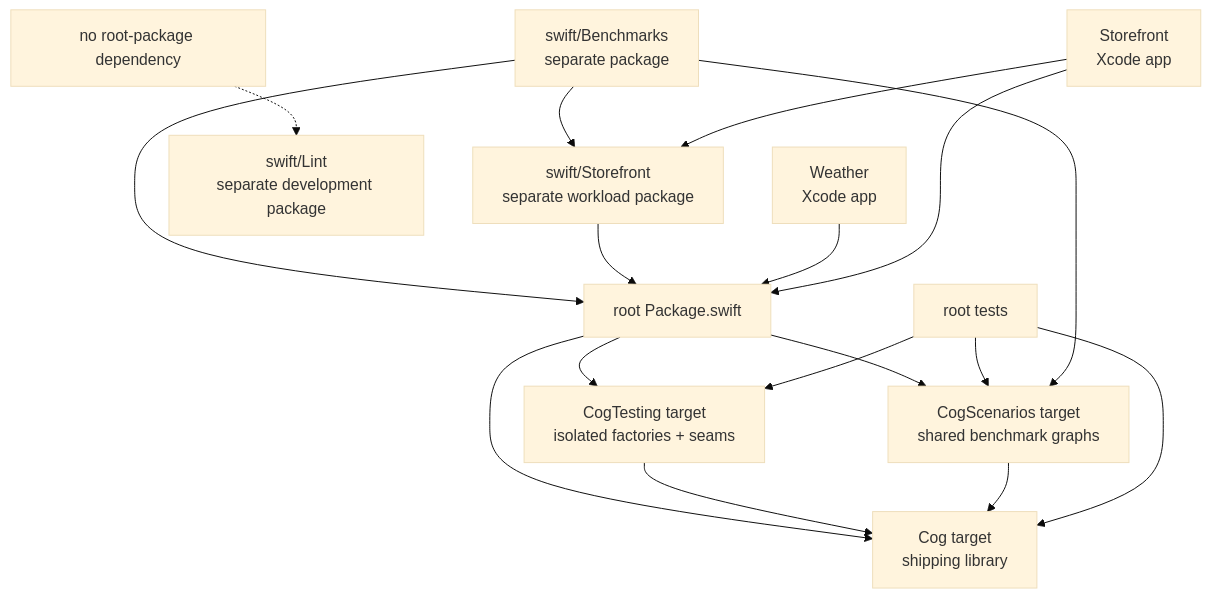
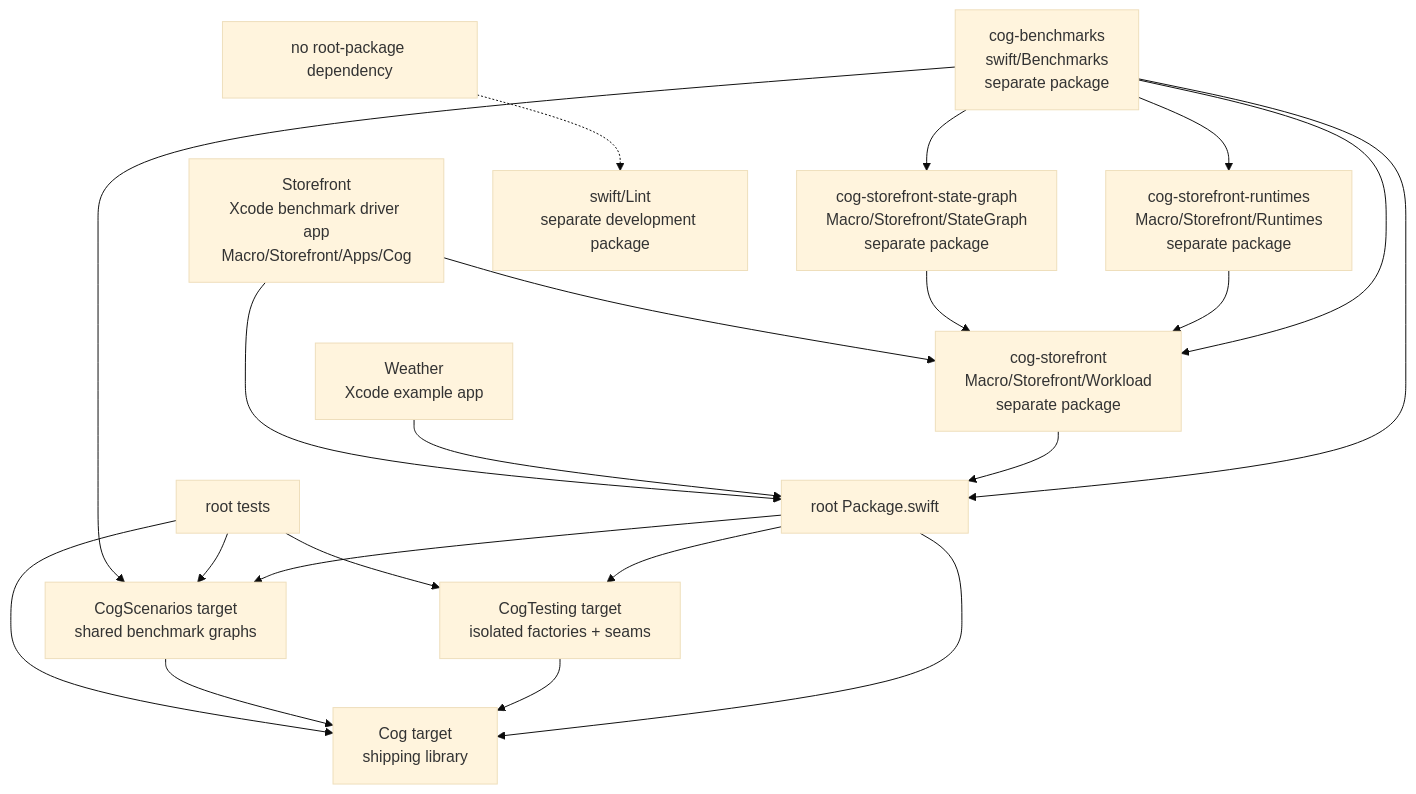
Before and after one commit to skeswa/cog: the diagram in docs/swift/impl/architecture/codebase-tour.md, drawn with Mermaid (base theme). The commit also changed other lines of this file and 263 other files, not shown here.

First line of the commit message:
test(bench): compare Storefront across four runtimes

````diff
--- a/docs/swift/impl/architecture/codebase-tour.md
+++ b/docs/swift/impl/architecture/codebase-tour.md
@@ -16,27 +16,33 @@
 ```mermaid
 flowchart TB
   root["root Package.swift"]
   cog["Cog target<br/>shipping library"]
   testing["CogTesting target<br/>isolated factories + seams"]
   scenarios["CogScenarios target<br/>shared benchmark graphs"]
   tests["root tests"]
-  benches["swift/Benchmarks<br/>separate package"]
-  storefront["swift/Storefront<br/>separate workload package"]
+  benches["cog-benchmarks<br/>swift/Benchmarks<br/>separate package"]
+  storefront["cog-storefront<br/>Macro/Storefront/Workload<br/>separate package"]
+  runtimes["cog-storefront-runtimes<br/>Macro/Storefront/Runtimes<br/>separate package"]
+  stategraph["cog-storefront-state-graph<br/>Macro/Storefront/StateGraph<br/>separate package"]
   lint["swift/Lint<br/>separate development package"]
-  weather["Weather<br/>Xcode app"]
-  storefrontApp["Storefront<br/>Xcode app"]
+  weather["Weather<br/>Xcode example app"]
+  storefrontApp["Storefront<br/>Xcode benchmark driver app<br/>Macro/Storefront/Apps/Cog"]
   root --> cog
   root --> testing --> cog
   root --> scenarios --> cog
   tests --> cog
   tests --> testing
   tests --> scenarios
   benches --> root
   benches --> scenarios
   benches --> storefront
+  benches --> runtimes
+  benches --> stategraph
   storefront --> root
+  runtimes --> storefront
+  stategraph --> storefront
   weather --> root
   storefrontApp --> root
   storefrontApp --> storefront
   lintNote["no root-package dependency"] -.-> lint
 ```
````
